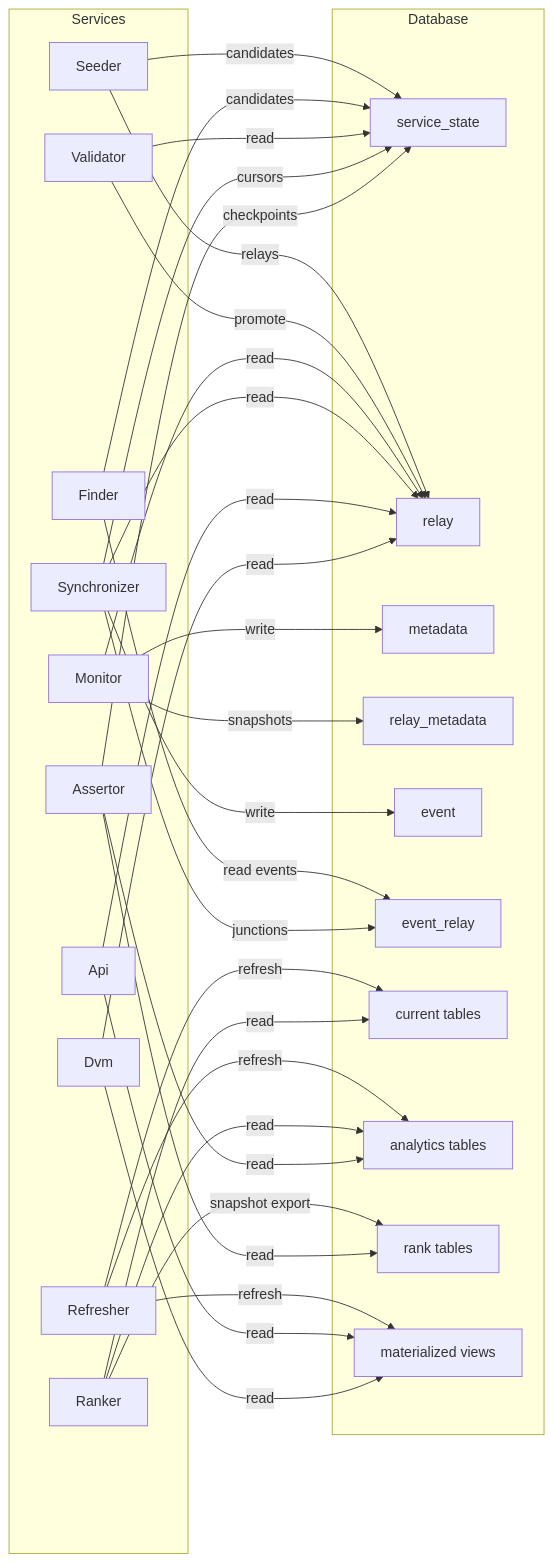
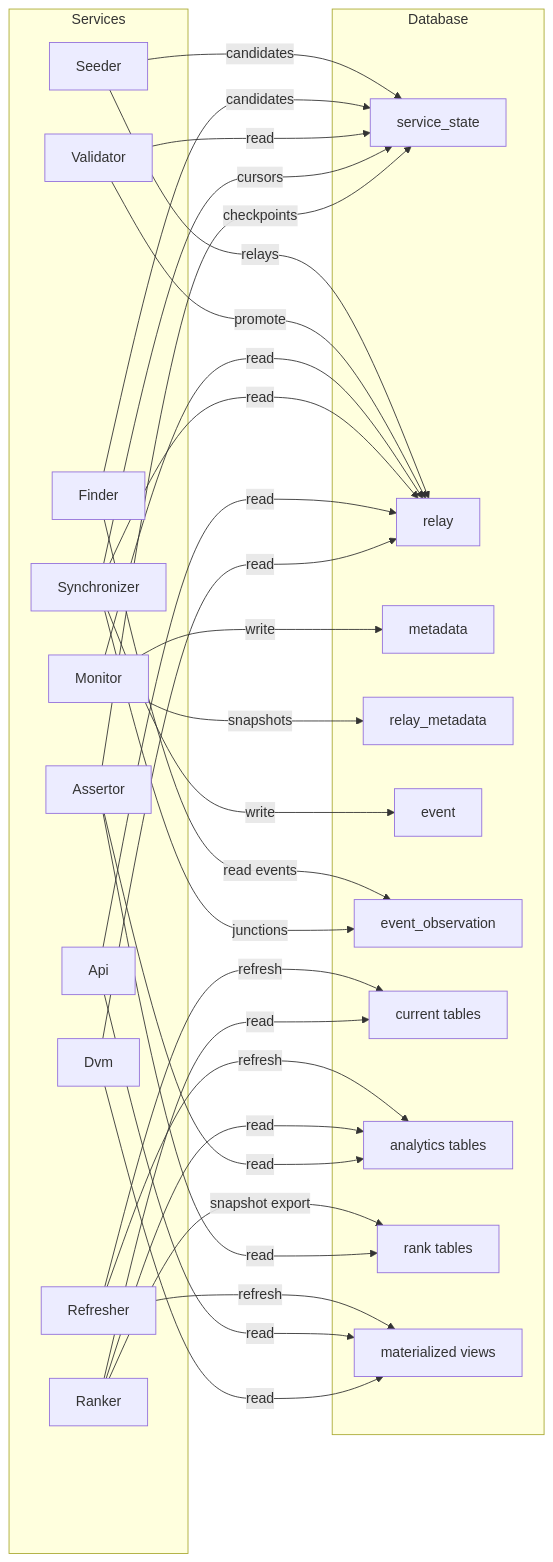
One commit to BigBrotr/bigbrotr changed the first of 5 diagrams in docs/user-guide/services.md. Above: the diagram before and after it, drawn with Mermaid. The commit also changed other lines of this file and 87 other files, not shown here.

First line of the commit message:
refactor: rename event relay history to event observation

````diff
--- a/docs/user-guide/services.md
+++ b/docs/user-guide/services.md
@@ -23,55 +23,55 @@
 ```mermaid
 flowchart LR
     subgraph Services
         SE["Seeder"]
         FI["Finder"]
         VA["Validator"]
         MO["Monitor"]
         SY["Synchronizer"]
         RE2["Refresher"]
         RA["Ranker"]
         AS["Assertor"]
         AP["Api"]
         DV["Dvm"]
     end
 
     subgraph Database
         SS["service_state"]
         RE["relay"]
         MD["metadata"]
         RM["relay_metadata"]
         EV["event"]
-        ER["event_relay"]
+        ER["event_observation"]
         CT["current tables"]
         ST["analytics tables"]
         RK["rank tables"]
         MV["materialized views"]
     end
 
     SE -->|"candidates"| SS
     SE -->|"relays"| RE
     FI -->|"read events"| ER
     FI -->|"candidates"| SS
     VA -->|"read"| SS
     VA -->|"promote"| RE
     MO -->|"read"| RE
     MO -->|"write"| MD
     MO -->|"snapshots"| RM
     SY -->|"read"| RE
     SY -->|"cursors"| SS
     SY -->|"write"| EV
     SY -->|"junctions"| ER
     RE2 -->|"refresh"| CT
     RE2 -->|"refresh"| ST
     RE2 -->|"refresh"| MV
     RA -->|"read"| CT
     RA -->|"read"| ST
     RA -->|"snapshot export"| RK
     AS -->|"read"| ST
     AS -->|"read"| RK
     AS -->|"checkpoints"| SS
     AP -->|"read"| RE
     AP -->|"read"| MV
     DV -->|"read"| RE
     DV -->|"read"| MV
 ```
````
